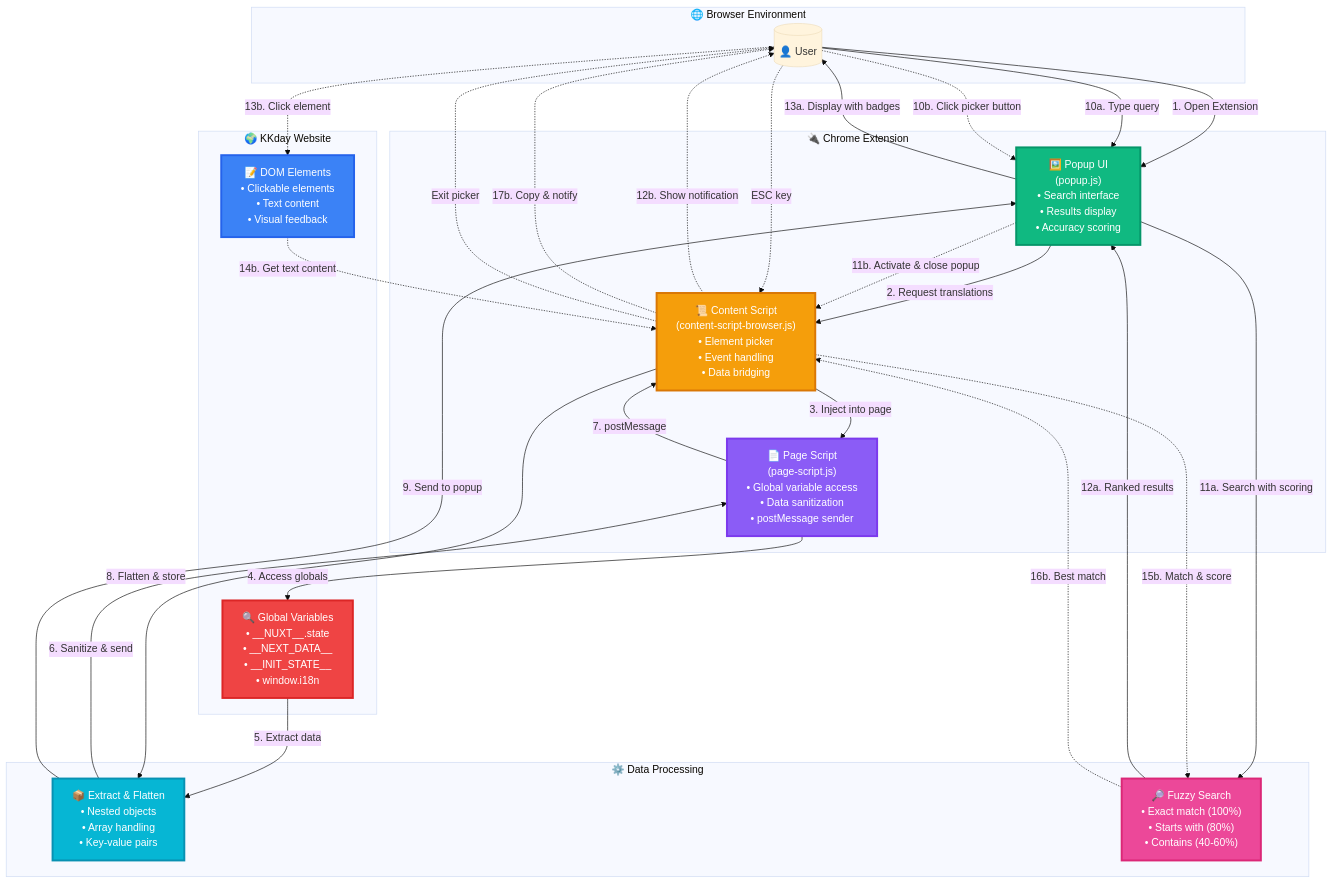
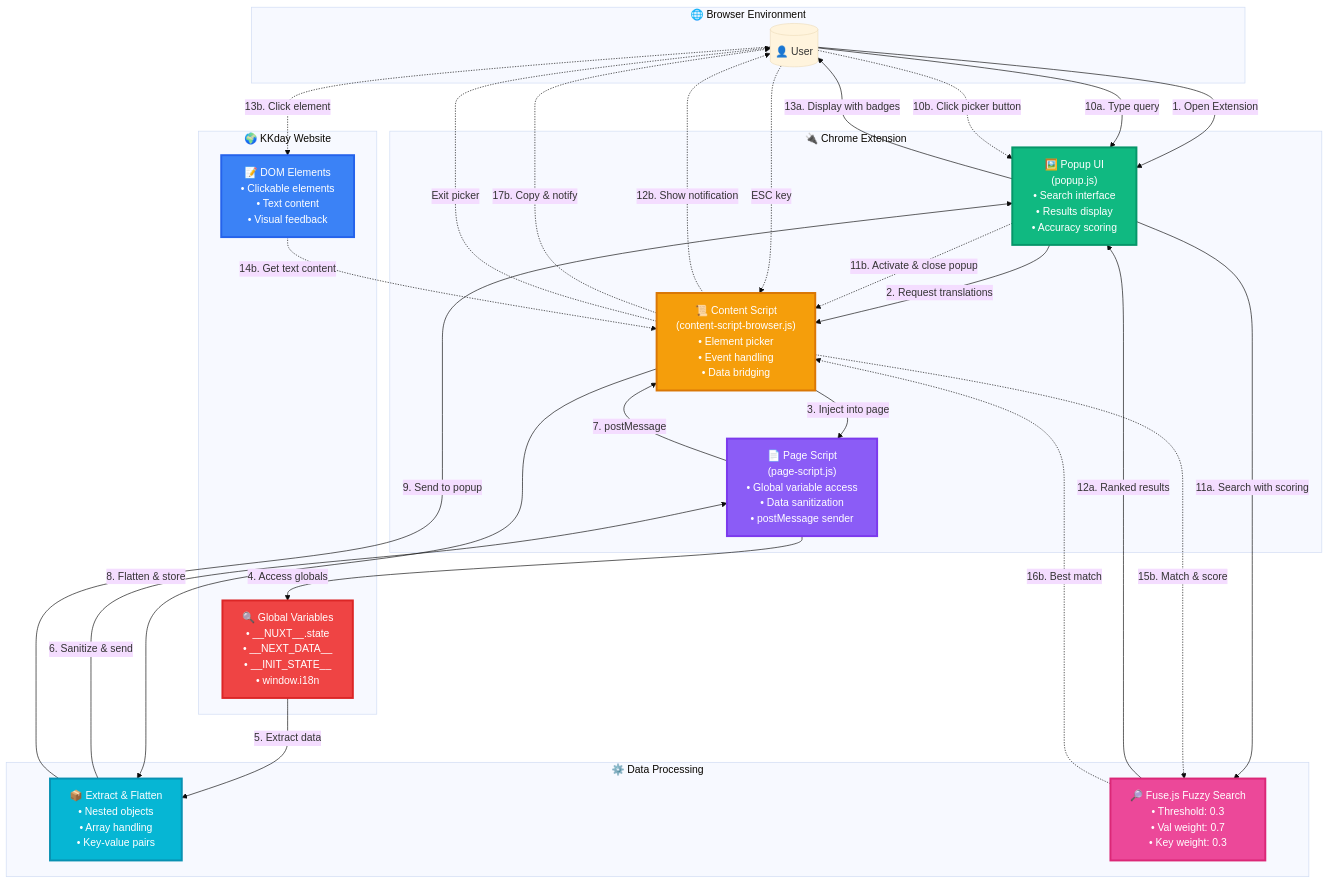
One commit to b12031106/kkday-lang-key-finder changed the diagram in README.md. Above: the diagram before and after it, drawn with Mermaid (base theme). The commit also changed other lines of this file and 6 other files, not shown here.

First line of the commit message:
feat: integrate Fuse.js for advanced fuzzy search and add context menu functionality

````diff
--- a/README.md
+++ b/README.md
@@ -77,61 +86,61 @@
 ```mermaid
 flowchart TB
     subgraph Browser["🌐 Browser Environment"]
         User[("👤 User")]
     end
 
     subgraph Extension["🔌 Chrome Extension"]
         Popup["🖼️ Popup UI<br/>(popup.js)<br/>• Search interface<br/>• Results display<br/>• Accuracy scoring"]
         ContentScript["📜 Content Script<br/>(content-script-browser.js)<br/>• Element picker<br/>• Event handling<br/>• Data bridging"]
         PageScript["📄 Page Script<br/>(page-script.js)<br/>• Global variable access<br/>• Data sanitization<br/>• postMessage sender"]
     end
 
     subgraph Website["🌍 KKday Website"]
         DOM["📝 DOM Elements<br/>• Clickable elements<br/>• Text content<br/>• Visual feedback"]
         GlobalVars["🔍 Global Variables<br/>• __NUXT__.state<br/>• __NEXT_DATA__<br/>• __INIT_STATE__<br/>• window.i18n"]
     end
 
     subgraph Processing["⚙️ Data Processing"]
         Extract["📦 Extract & Flatten<br/>• Nested objects<br/>• Array handling<br/>• Key-value pairs"]
-        Search["🔎 Fuzzy Search<br/>• Exact match (100%)<br/>• Starts with (80%)<br/>• Contains (40-60%)"]
+        Search["🔎 Fuse.js Fuzzy Search<br/>• Threshold: 0.3<br/>• Val weight: 0.7<br/>• Key weight: 0.3"]
     end
 
     %% Main Flow
     User -->|"1. Open Extension"| Popup
     Popup -->|"2. Request translations"| ContentScript
     ContentScript -->|"3. Inject into page"| PageScript
     PageScript -->|"4. Access globals"| GlobalVars
     GlobalVars -->|"5. Extract data"| Extract
     Extract -->|"6. Sanitize & send"| PageScript
     PageScript -->|"7. postMessage"| ContentScript
     ContentScript -->|"8. Flatten & store"| Extract
     Extract -->|"9. Send to popup"| Popup
 
     %% Search Flow
     User -->|"10a. Type query"| Popup
     Popup -->|"11a. Search with scoring"| Search
     Search -->|"12a. Ranked results"| Popup
     Popup -->|"13a. Display with badges"| User
 
     %% Picker Flow
     User -.->|"10b. Click picker button"| Popup
     Popup -.->|"11b. Activate & close popup"| ContentScript
     ContentScript -.->|"12b. Show notification"| User
     User -.->|"13b. Click element"| DOM
     DOM -.->|"14b. Get text content"| ContentScript
     ContentScript -.->|"15b. Match & score"| Search
     Search -.->|"16b. Best match"| ContentScript
     ContentScript -.->|"17b. Copy & notify"| User
 
     %% ESC to exit picker
     User -.->|"ESC key"| ContentScript
     ContentScript -.->|"Exit picker"| User
 
     style Popup fill:#10b981,stroke:#059669,color:#fff,stroke-width:3px
     style ContentScript fill:#f59e0b,stroke:#d97706,color:#fff,stroke-width:3px
     style PageScript fill:#8b5cf6,stroke:#7c3aed,color:#fff,stroke-width:3px
     style DOM fill:#3b82f6,stroke:#2563eb,color:#fff,stroke-width:3px
     style GlobalVars fill:#ef4444,stroke:#dc2626,color:#fff,stroke-width:3px
     style Extract fill:#06b6d4,stroke:#0891b2,color:#fff,stroke-width:3px
     style Search fill:#ec4899,stroke:#db2777,color:#fff,stroke-width:3px
 ```
````
